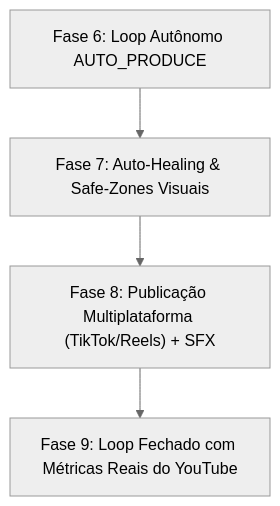
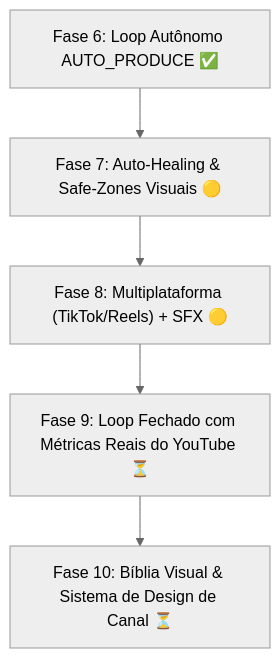
The second of 2 diagrams in docs/ROADMAP_AGENTE_PRIMEIRO.md (NicolasCoder/vincere-studio), drawn with Mermaid (neutral theme) before and after one commit. The commit also changed other lines of this file and 3 other files, not shown here.

Commit message:
docs: detalha fases pendentes no roadmap e tarefas agente-primeiro

````diff
--- a/docs/ROADMAP_AGENTE_PRIMEIRO.md
+++ b/docs/ROADMAP_AGENTE_PRIMEIRO.md
@@ -109,6 +114,7 @@
 ```mermaid
 flowchart TD
-  F6["Fase 6: Loop Autônomo AUTO_PRODUCE"] --> F7["Fase 7: Auto-Healing & Safe-Zones Visuais"]
-  F7 --> F8["Fase 8: Publicação Multiplataforma (TikTok/Reels) + SFX"]
-  F8 --> F9["Fase 9: Loop Fechado com Métricas Reais do YouTube"]
+  F6["Fase 6: Loop Autônomo AUTO_PRODUCE ✅"] --> F7["Fase 7: Auto-Healing & Safe-Zones Visuais 🟡"]
+  F7 --> F8["Fase 8: Multiplataforma (TikTok/Reels) + SFX 🟡"]
+  F8 --> F9["Fase 9: Loop Fechado com Métricas Reais do YouTube ⏳"]
+  F9 --> F10["Fase 10: Bíblia Visual & Sistema de Design de Canal ⏳"]
 ```
````
